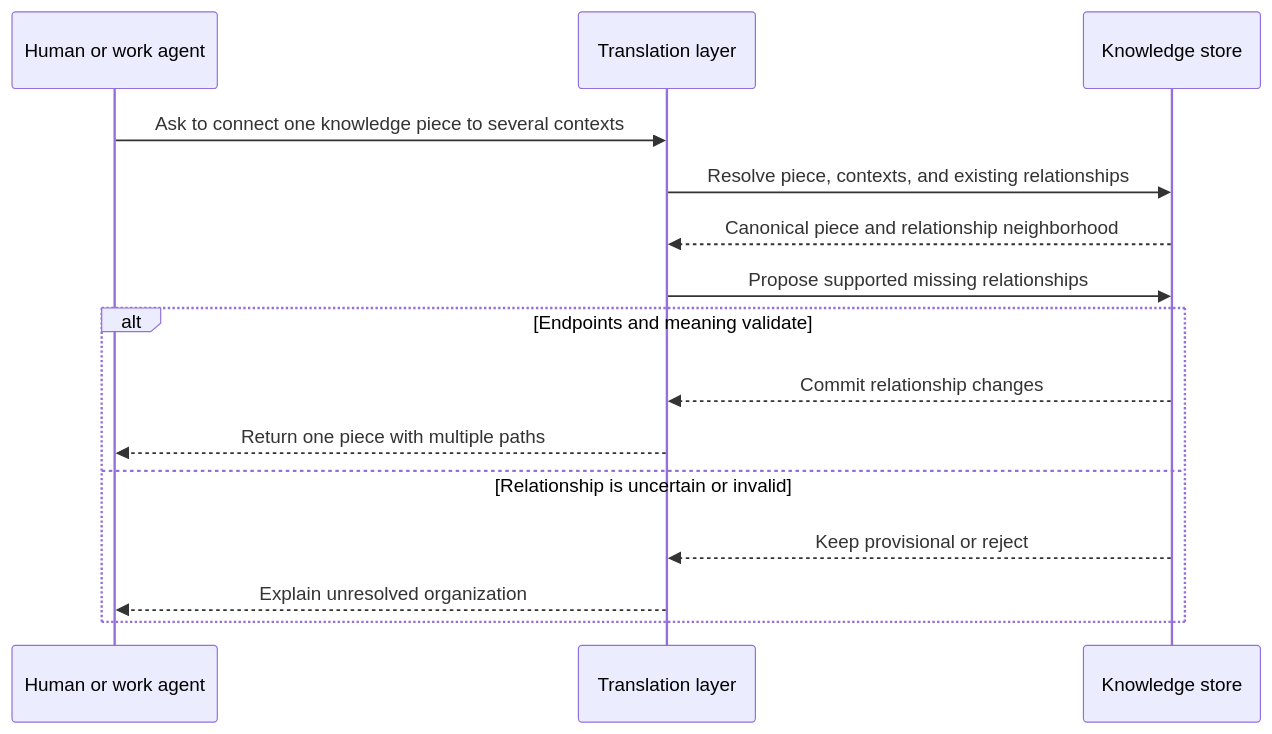
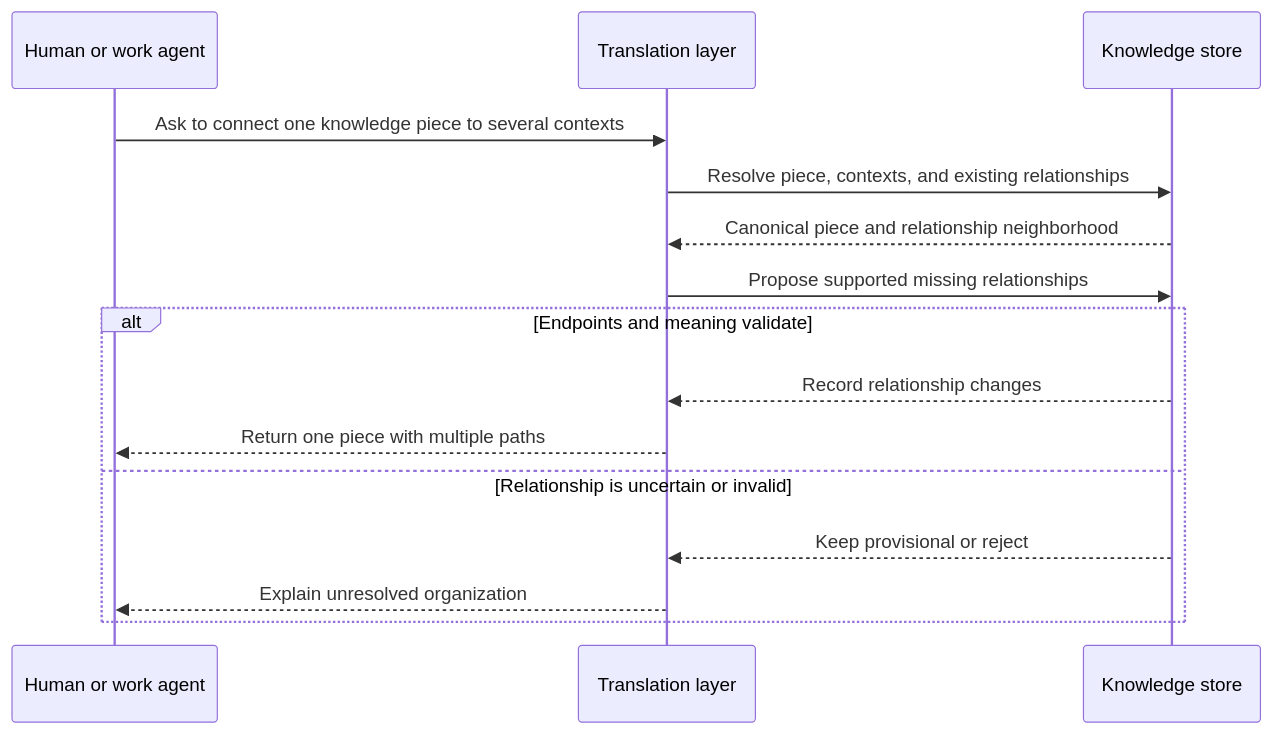
Before and after one commit to Coldaine/KNOWLEDGECRITICALSTRUCTUREPATRICKPLEASE: the sixth of 8 diagrams in docs/workflows.md, drawn with Mermaid. The commit also changed other lines of this file and 9 other files, not shown here.

````diff
--- a/docs/workflows.md
+++ b/docs/workflows.md
@@ -256,17 +260,17 @@
 ```mermaid
 sequenceDiagram
     participant W as Human or work agent
     participant T as Translation layer
     participant K as Knowledge store
     W->>T: Ask to connect one knowledge piece to several contexts
     T->>K: Resolve piece, contexts, and existing relationships
     K-->>T: Canonical piece and relationship neighborhood
     T->>K: Propose supported missing relationships
     alt Endpoints and meaning validate
-        K-->>T: Commit relationship changes
+        K-->>T: Record relationship changes
         T-->>W: Return one piece with multiple paths
     else Relationship is uncertain or invalid
         K-->>T: Keep provisional or reject
         T-->>W: Explain unresolved organization
     end
 ```
````
